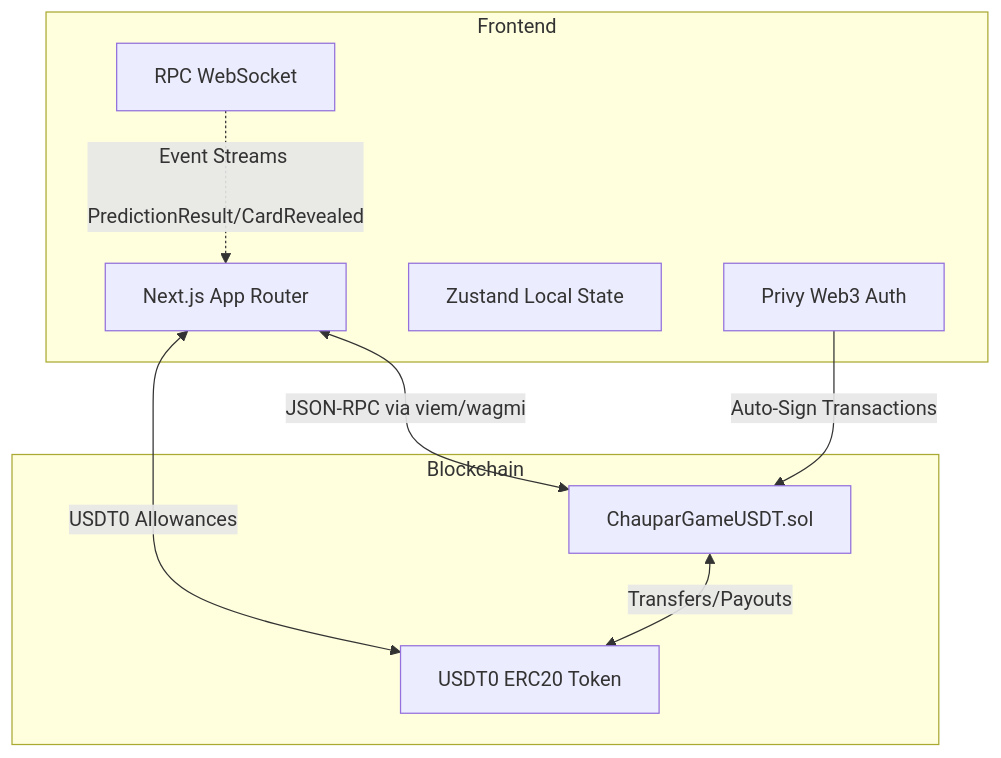
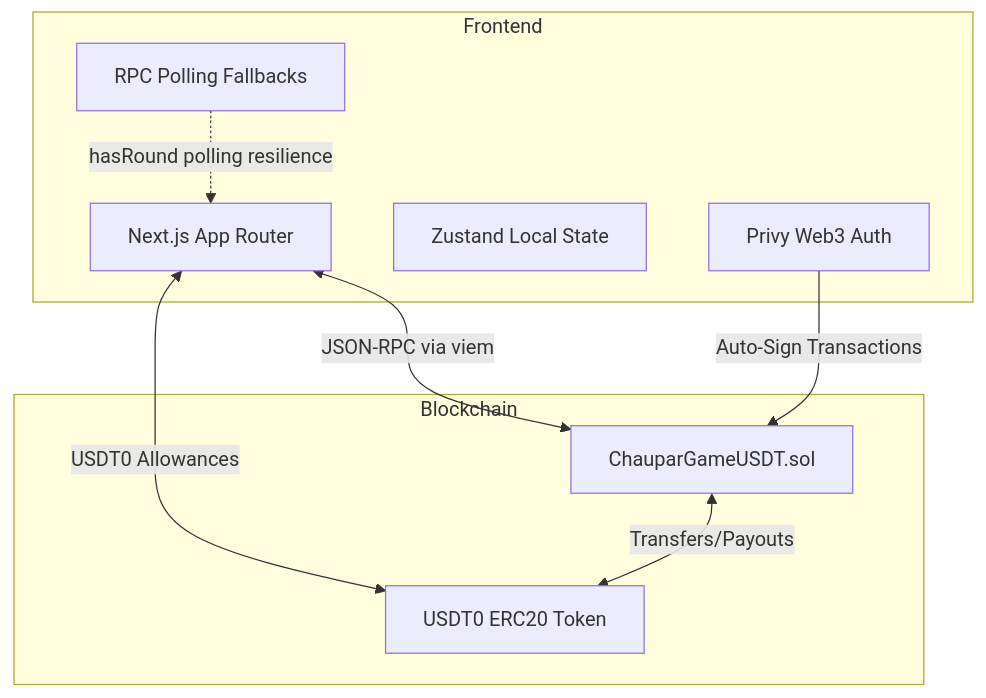
The diagram in README.md (manisaigaddam/chaupar), drawn with Mermaid before and after one commit. The commit also changed other lines of this file and 5 other files, not shown here.

````diff
--- a/README.md
+++ b/README.md
@@ -31,21 +144,20 @@
 ```mermaid
 graph TD
     subgraph Frontend 
         UI[Next.js App Router]
         State[Zustand Local State]
         Auth[Privy Web3 Auth]
-        Websocket[RPC WebSocket]
+        Poller[RPC Polling Fallbacks]
     end
 
     subgraph Blockchain 
         Contract[ChauparGameUSDT.sol]
         USDT[USDT0 ERC20 Token]
     end
 
-    UI <-->|JSON-RPC via viem/wagmi| Contract
+    UI <-->|JSON-RPC via viem| Contract
     Auth -->|Auto-Sign Transactions| Contract
     UI <-->|USDT0 Allowances| USDT
     Contract <-->|Transfers/Payouts| USDT
-    Websocket -.->|Event Streams 
-    PredictionResult/CardRevealed| UI
+    Poller -.->|hasRound polling resilience| UI
 ```
````
